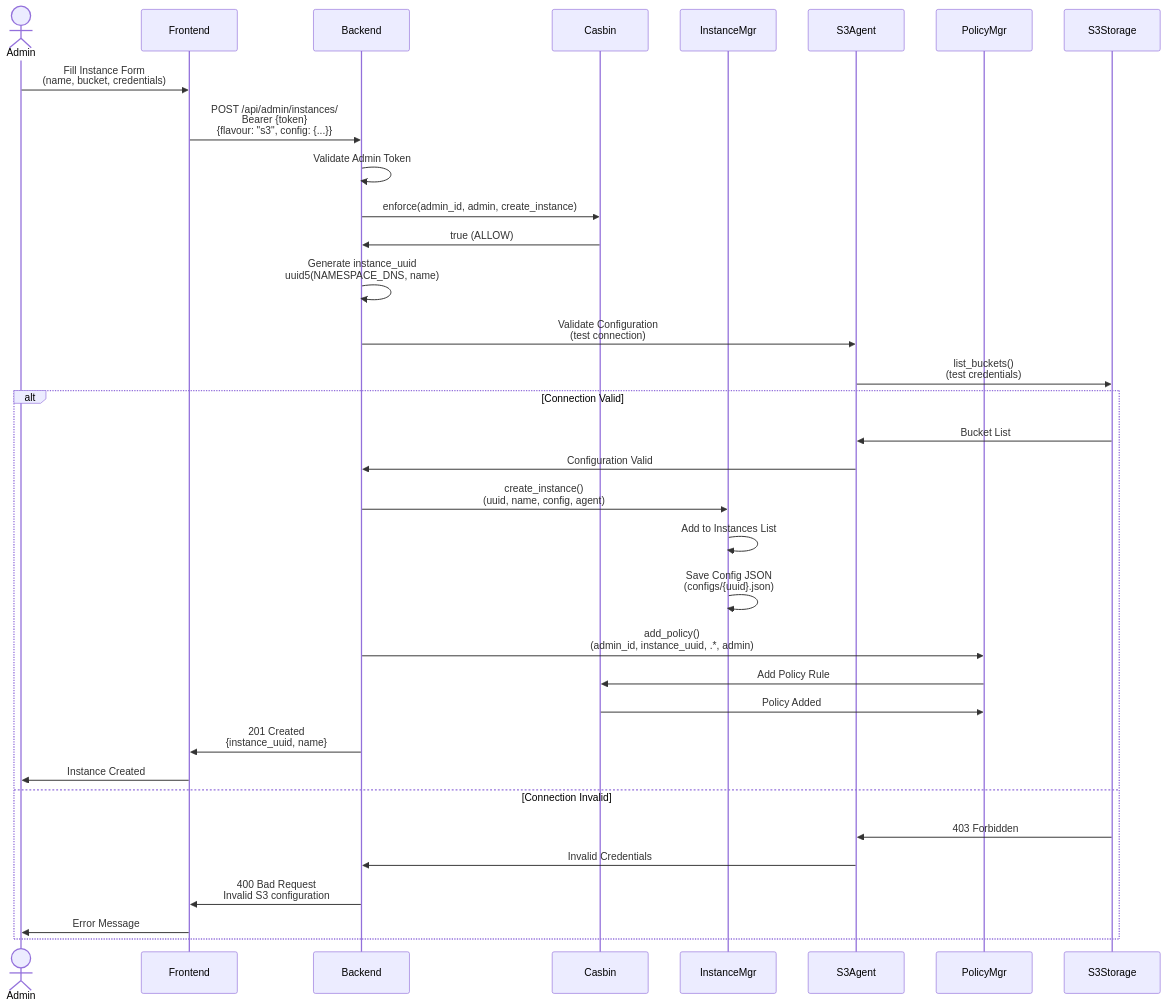
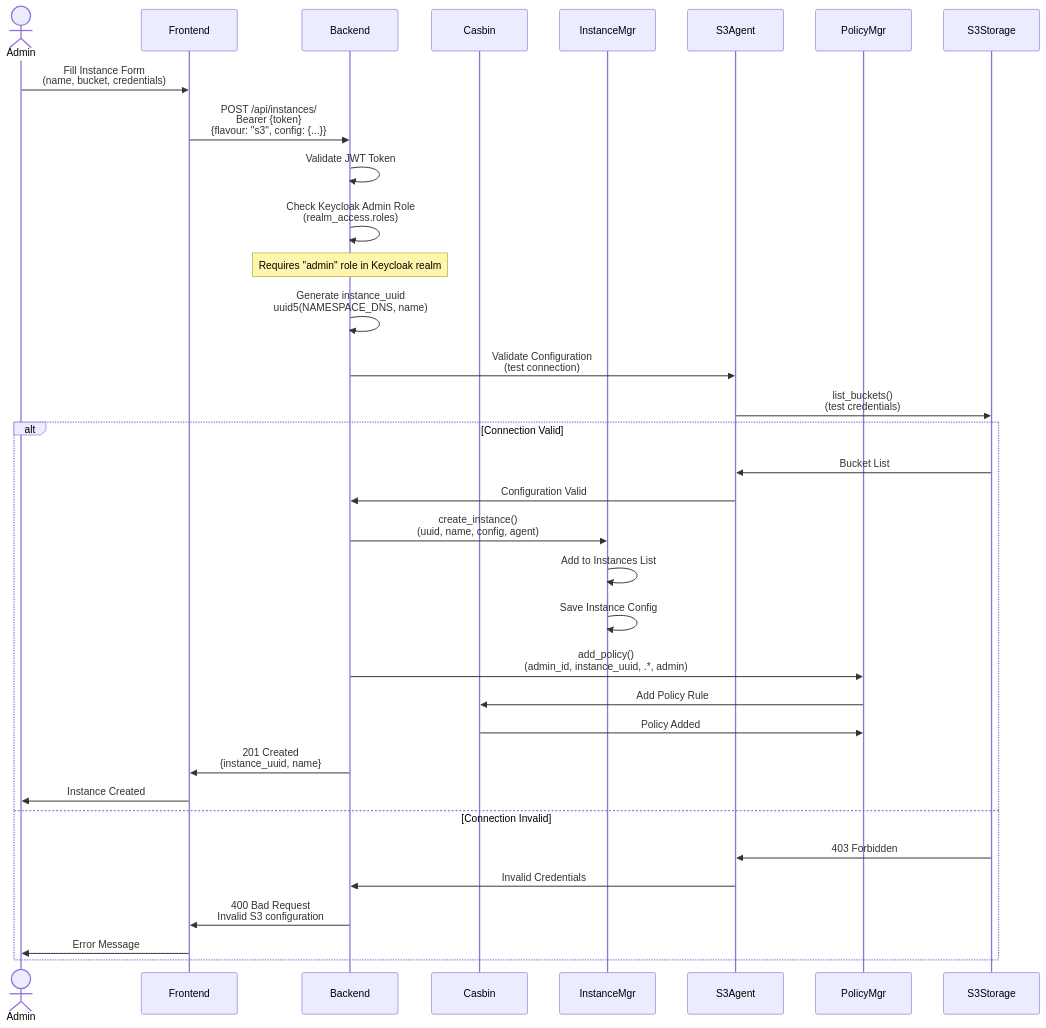
One commit to INN-SFU/Data-Portal changed the fifth of 6 diagrams in docs/diagrams/sequence-storage-access.md. Above: the diagram before and after it, drawn with Mermaid. The commit also changed other lines of this file and 2 other files, not shown here.

Commit message:
docs: diagram updates

````diff
--- a/docs/diagrams/sequence-storage-access.md
+++ b/docs/diagrams/sequence-storage-access.md
@@ -228,47 +223,47 @@
 ```mermaid
 sequenceDiagram
     actor Admin
     participant Frontend
     participant Backend
     participant Casbin
     participant InstanceMgr
     participant S3Agent
     participant PolicyMgr
 
     Admin->>Frontend: Fill Instance Form<br/>(name, bucket, credentials)
-    Frontend->>Backend: POST /api/admin/instances/<br/>Bearer {token}<br/>{flavour: "s3", config: {...}}
+    Frontend->>Backend: POST /api/instances/<br/>Bearer {token}<br/>{flavour: "s3", config: {...}}
 
-    Backend->>Backend: Validate Admin Token
-    Backend->>Casbin: enforce(admin_id, admin, create_instance)
-    Casbin->>Backend: true (ALLOW)
+    Backend->>Backend: Validate JWT Token
+    Backend->>Backend: Check Keycloak Admin Role<br/>(realm_access.roles)
+    Note over Backend: Requires "admin" role in Keycloak realm
 
     Backend->>Backend: Generate instance_uuid<br/>uuid5(NAMESPACE_DNS, name)
 
     Backend->>S3Agent: Validate Configuration<br/>(test connection)
 
     S3Agent->>S3Storage: list_buckets()<br/>(test credentials)
 
     alt Connection Valid
         S3Storage->>S3Agent: Bucket List
         S3Agent->>Backend: Configuration Valid
 
         Backend->>InstanceMgr: create_instance()<br/>(uuid, name, config, agent)
 
         InstanceMgr->>InstanceMgr: Add to Instances List
-        InstanceMgr->>InstanceMgr: Save Config JSON<br/>(configs/{uuid}.json)
+        InstanceMgr->>InstanceMgr: Save Instance Config
 
         Backend->>PolicyMgr: add_policy()<br/>(admin_id, instance_uuid, .*, admin)
 
         PolicyMgr->>Casbin: Add Policy Rule
         Casbin->>PolicyMgr: Policy Added
 
         Backend->>Frontend: 201 Created<br/>{instance_uuid, name}
         Frontend->>Admin: Instance Created
 
     else Connection Invalid
         S3Storage->>S3Agent: 403 Forbidden
         S3Agent->>Backend: Invalid Credentials
         Backend->>Frontend: 400 Bad Request<br/>Invalid S3 configuration
         Frontend->>Admin: Error Message
     end
 ```
````
